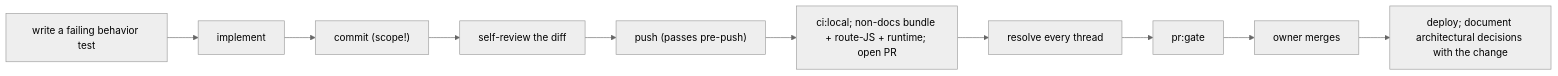
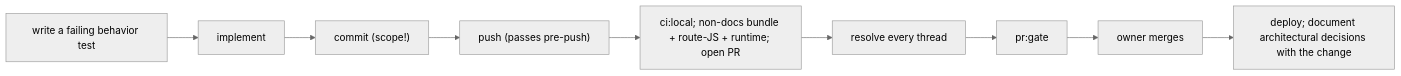
The diagram in docs/handbook/onboarding.md (erikunha/portfolio), drawn with Mermaid (neutral theme) before and after one commit. The commit also changed other lines of this file and 9 other files, not shown here.

Commit message:
docs(review): drop the pre-merge self-review rule from the repo docs

````diff
--- a/docs/handbook/onboarding.md
+++ b/docs/handbook/onboarding.md
@@ -26,8 +26,8 @@
 ```mermaid
 flowchart LR
     tdd["write a failing behavior test"] --> edit["implement"] --> commit["commit (scope!)"]
-    commit --> selfreview["self-review the diff"] --> push["push (passes pre-push)"]
+    commit --> push["push (passes pre-push)"]
     push --> pr["ci:local; non-docs bundle + route-JS + runtime; open PR"]
     pr --> conv["resolve every thread"] --> ready["pr:gate"] --> owner["owner merges"]
     owner --> deploy["deploy; document architectural decisions with the change"]
 ```
````
